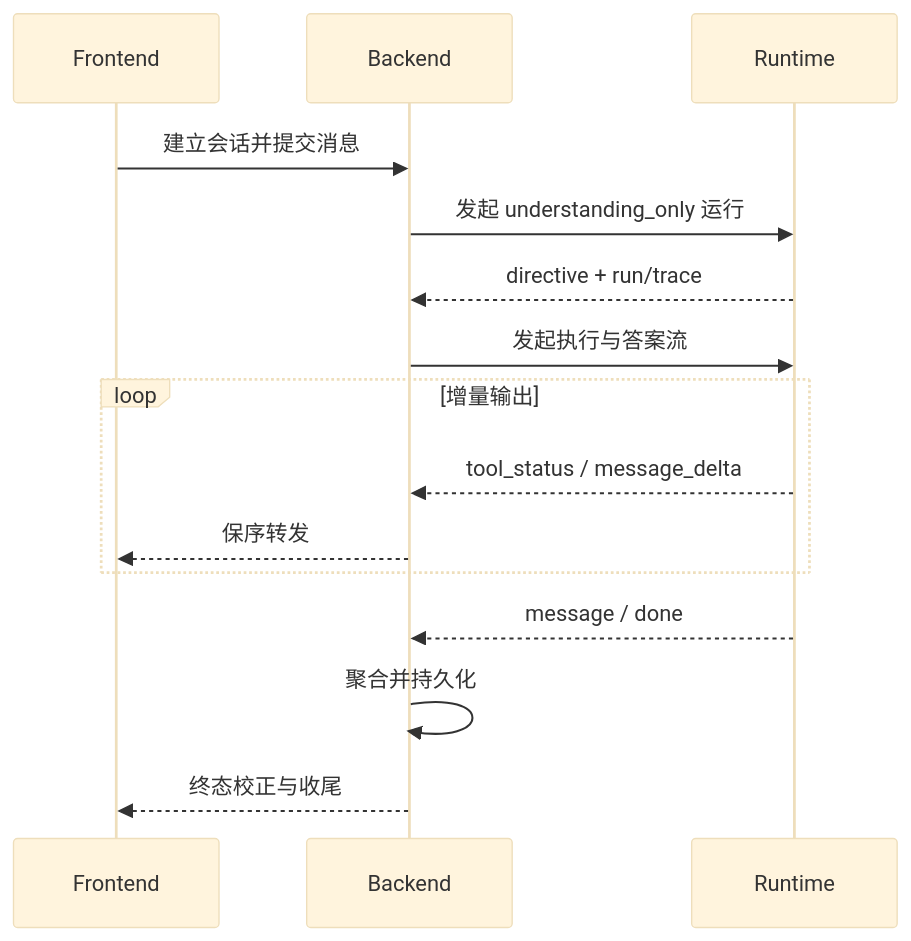
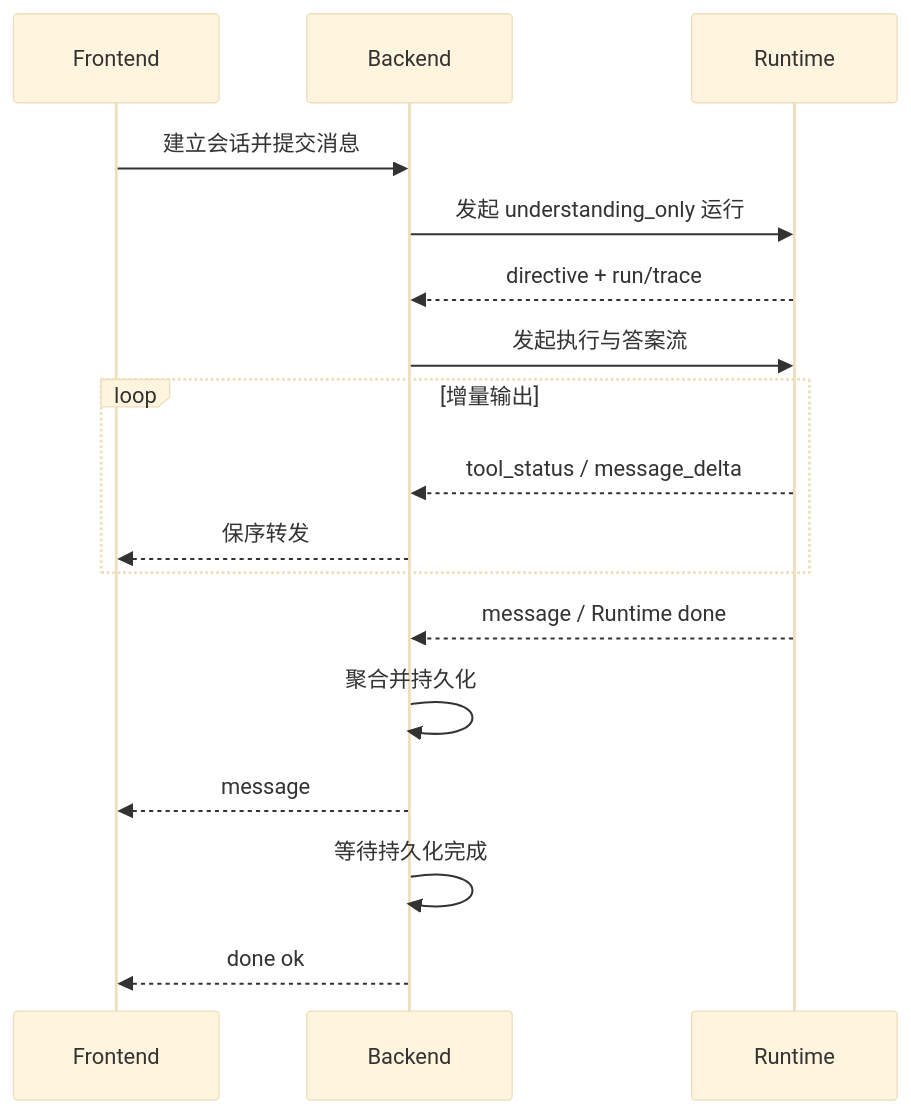
One commit to Logistic98/job-buddy changed the diagram in agent-doc/运行时能力/对话流式输出与状态恢复.md. Above: the diagram before and after it, drawn with Mermaid (base theme). The commit also changed other lines of this file and 20 other files, not shown here.

````diff
--- a/agent-doc/运行时能力/对话流式输出与状态恢复.md
+++ b/agent-doc/运行时能力/对话流式输出与状态恢复.md
@@ -13,18 +13,20 @@
 ```mermaid
 sequenceDiagram
     participant FE as Frontend
     participant BE as Backend
     participant RT as Runtime
 
     FE->>BE: 建立会话并提交消息
     BE->>RT: 发起 understanding_only 运行
     RT-->>BE: directive + run/trace
     BE->>RT: 发起执行与答案流
     loop 增量输出
         RT-->>BE: tool_status / message_delta
         BE-->>FE: 保序转发
     end
-    RT-->>BE: message / done
+    RT-->>BE: message / Runtime done
     BE->>BE: 聚合并持久化
-    BE-->>FE: 终态校正与收尾
+    BE-->>FE: message
+    BE->>BE: 等待持久化完成
+    BE-->>FE: done ok
 ```
````
